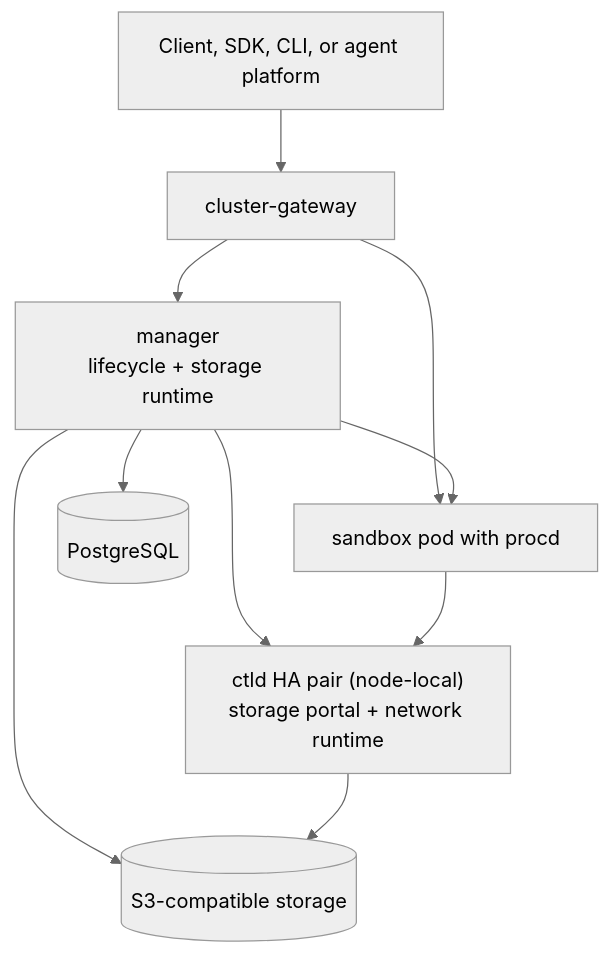
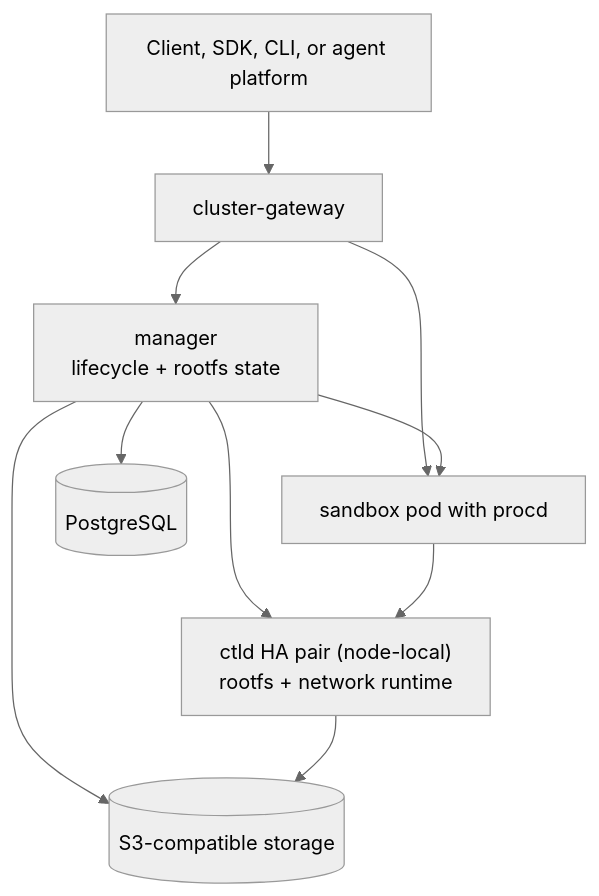
One commit to sandbox0-ai/sandbox0 changed the second of 2 diagrams in README.md. Above: the diagram before and after it, drawn with Mermaid (neutral theme). The commit also changed other lines of this file and 398 other files, not shown here.

````diff
--- a/README.md
+++ b/README.md
@@ -175,12 +155,12 @@
 ```mermaid
 flowchart TB
     client["Client, SDK, CLI, or agent platform"] --> cgw["cluster-gateway"]
-    cgw --> mgr["manager<br/>lifecycle + storage runtime"]
+    cgw --> mgr["manager<br/>lifecycle + rootfs state"]
     cgw --> pod["sandbox pod with procd"]
     mgr --> pod
-    mgr --> ctld["ctld HA pair (node-local)<br/>storage portal + network runtime"]
+    mgr --> ctld["ctld HA pair (node-local)<br/>rootfs + network runtime"]
     pod --> ctld
     mgr --> pg[("PostgreSQL")]
     mgr --> s3[("S3-compatible storage")]
     ctld --> s3
 ```
````
